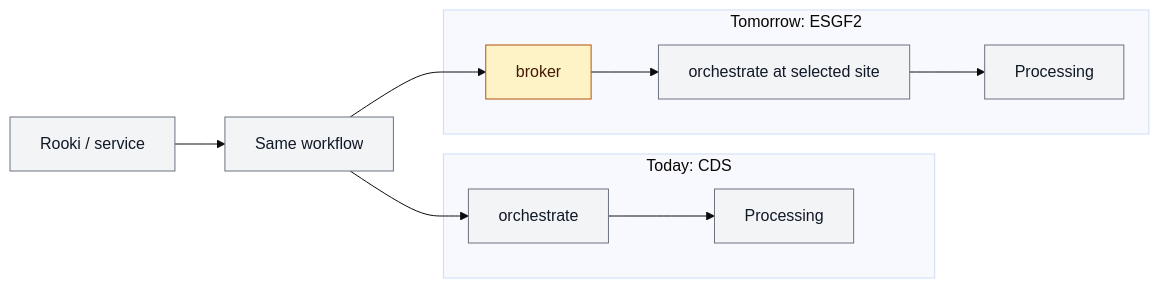
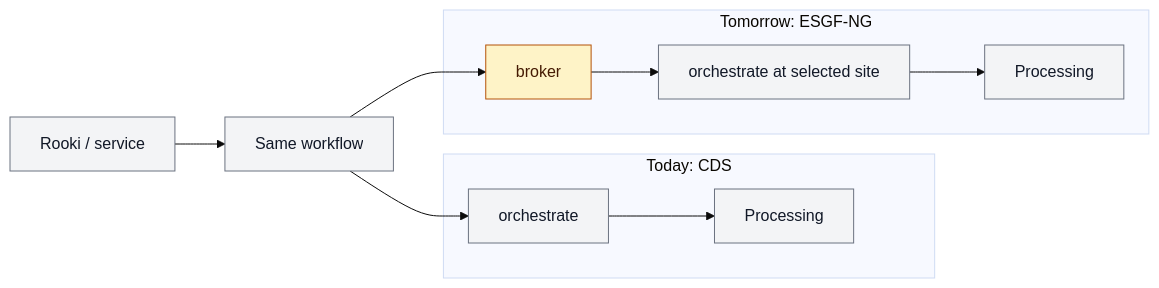
Before and after one commit to roocs/rook: the seventh of 11 diagrams in Rook_WPS_ESGF2_talk_draft.md, drawn with Mermaid (base theme). The commit also changed other lines of this file and 1 other file, not shown here.

Commit message:
renamed to ESGF-NG

````diff
--- a/Rook_WPS_ESGF2_talk_draft.md
+++ b/Rook_WPS_ESGF2_talk_draft.md
@@ -330,20 +330,20 @@
 ```mermaid
 flowchart LR
     Client["Rooki / service"] --> Workflow["Same workflow"]
 
     subgraph CDS["Today: CDS"]
         OrchestrateCDS["orchestrate"] --> ProcessingCDS["Processing"]
     end
 
-    subgraph ESGF["Tomorrow: ESGF2"]
+    subgraph ESGF["Tomorrow: ESGF-NG"]
         Broker["broker"] --> OrchestrateESGF["orchestrate at selected site"]
         OrchestrateESGF --> ProcessingESGF["Processing"]
     end
 
     Workflow --> OrchestrateCDS
     Workflow --> Broker
 
     classDef default fill:#f3f4f6,stroke:#6b7280,color:#111827
     classDef new fill:#fef3c7,stroke:#b45309,color:#451a03
     class Broker new
 ```
````
